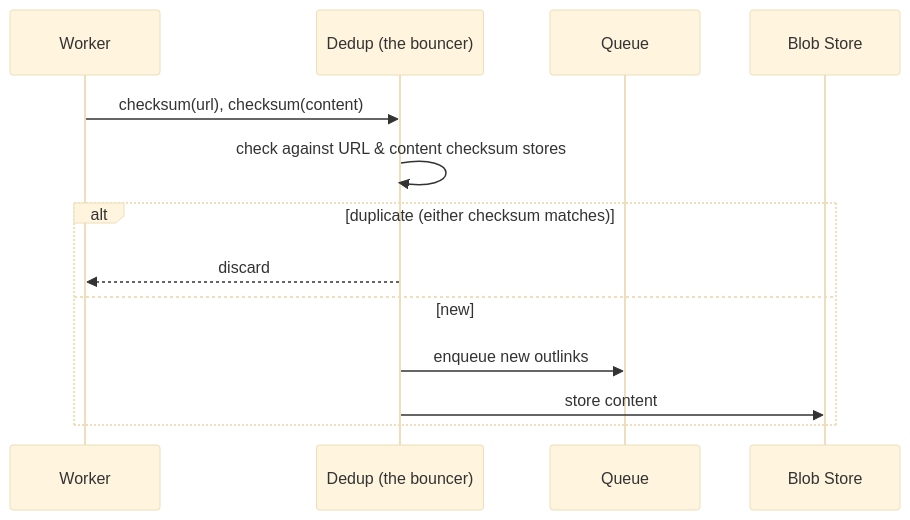
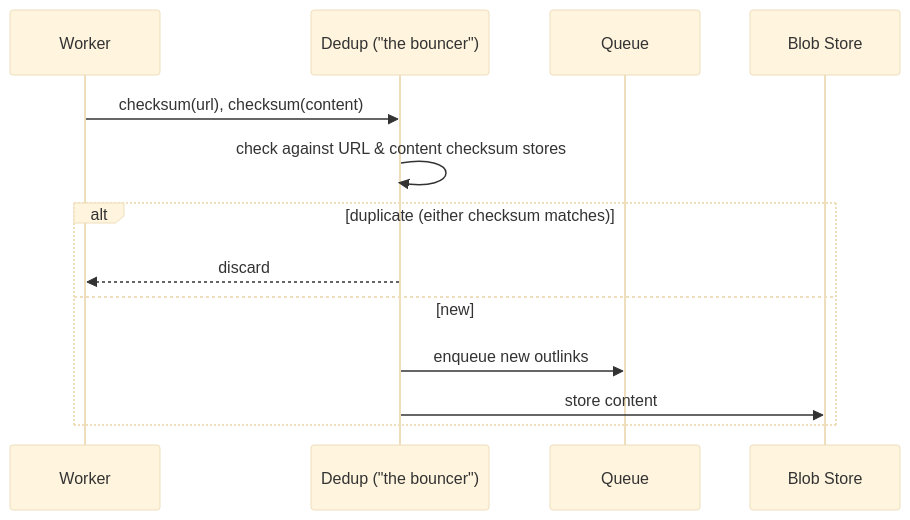
The third of 16 diagrams in system-design/HLD/0-course/35-Web-Crawler-FAANG-Guide-story.md (riyaz-pasha/Learnings), drawn with Mermaid (base theme) before and after one commit. The commit also changed other lines of this file and 5 other files, not shown here.

Commit message:
[REWRITE] Design Newsfeed story guide: simplify prose, add structure, fix diagrams

````diff
--- a/system-design/HLD/0-course/35-Web-Crawler-FAANG-Guide-story.md
+++ b/system-design/HLD/0-course/35-Web-Crawler-FAANG-Guide-story.md
@@ -56,16 +194,16 @@
 ```mermaid
 sequenceDiagram
     participant W as Worker
-    participant D as Dedup (the bouncer)
+    participant D as Dedup ("the bouncer")
     participant Q as Queue
     participant B as Blob Store
 
     W->>D: checksum(url), checksum(content)
     D->>D: check against URL & content checksum stores
     alt duplicate (either checksum matches)
         D-->>W: discard
     else new
         D->>Q: enqueue new outlinks
         D->>B: store content
     end
 ```
````
